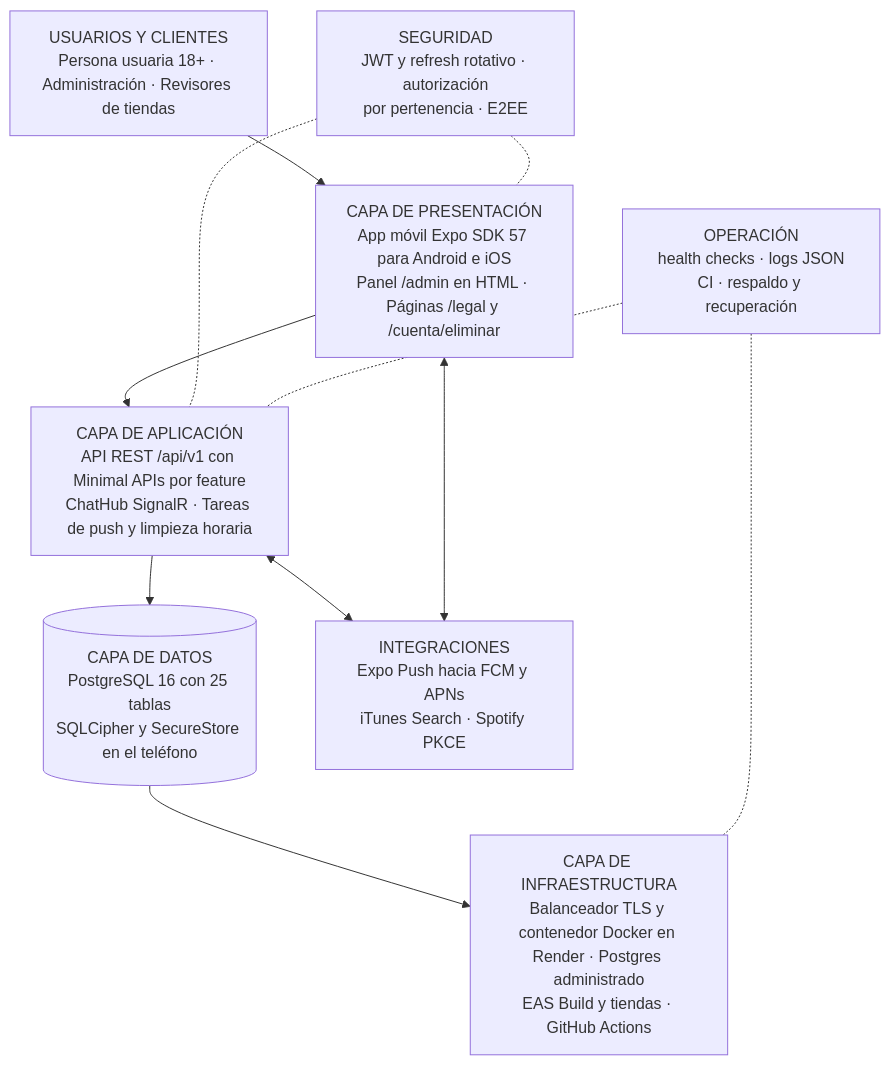
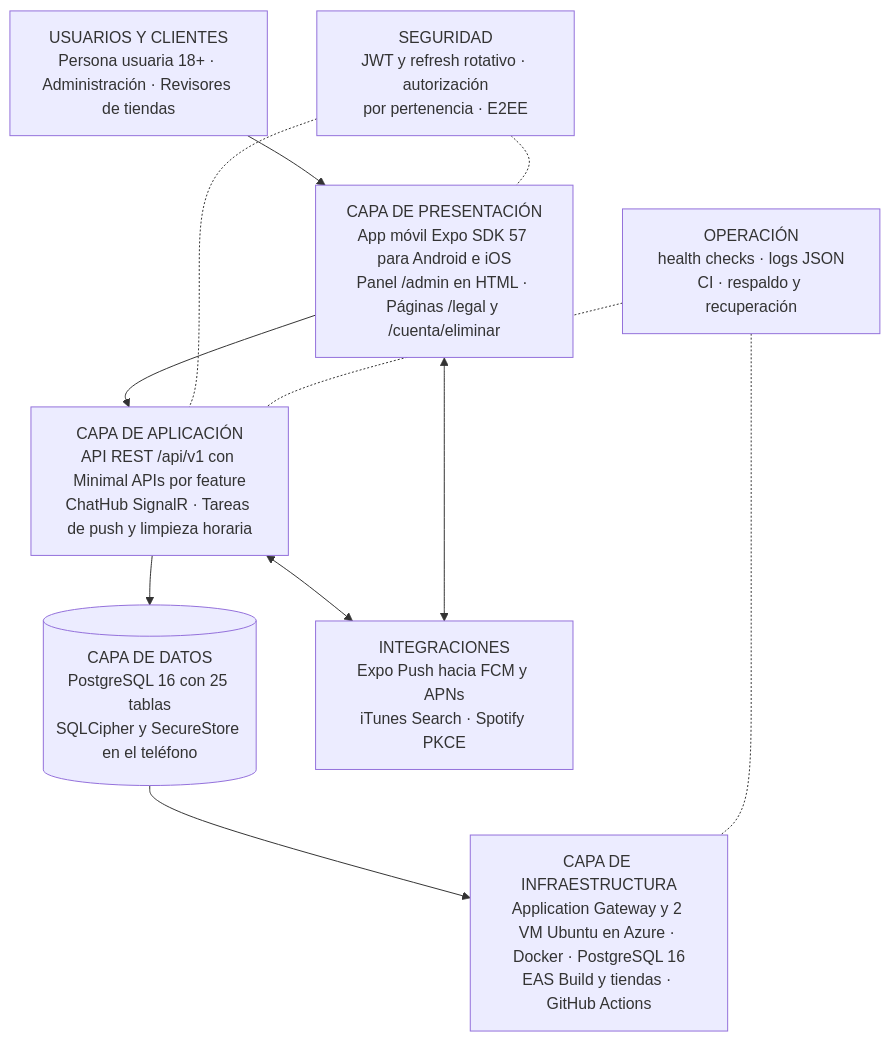
Before and after one commit to EncorelyHQ/encorly_back: the first of 11 diagrams in docs/reportes/manuales/MANUAL-TECNICO-ENCORELY.md, drawn with Mermaid. The commit also changed other lines of this file and 21 other files, not shown here.

````diff
--- a/docs/reportes/manuales/MANUAL-TECNICO-ENCORELY.md
+++ b/docs/reportes/manuales/MANUAL-TECNICO-ENCORELY.md
@@ -302,33 +371,33 @@
 ```mermaid
 flowchart TB
   U["`USUARIOS Y CLIENTES
   Persona usuaria 18+ · Administración · Revisores de tiendas`"]
   P["`CAPA DE PRESENTACIÓN
   App móvil Expo SDK 57 para Android e iOS
   Panel /admin en HTML · Páginas /legal y /cuenta/eliminar`"]
   A["`CAPA DE APLICACIÓN
   API REST /api/v1 con Minimal APIs por feature
   ChatHub SignalR · Tareas de push y limpieza horaria`"]
   D[("`CAPA DE DATOS
   PostgreSQL 16 con 25 tablas
   SQLCipher y SecureStore en el teléfono`")]
   I["`CAPA DE INFRAESTRUCTURA
-  Balanceador TLS y contenedor Docker en Render · Postgres administrado
+  Application Gateway y 2 VM Ubuntu en Azure · Docker · PostgreSQL 16
   EAS Build y tiendas · GitHub Actions`"]
   INT["`INTEGRACIONES
   Expo Push hacia FCM y APNs
   iTunes Search · Spotify PKCE`"]
   SEG["`SEGURIDAD
   JWT y refresh rotativo · autorización
   por pertenencia · E2EE`"]
   OPE["`OPERACIÓN
   health checks · logs JSON
   CI · respaldo y recuperación`"]
   U --> P --> A --> D --> I
   A <--> INT
   P <--> INT
   SEG -.- P
   SEG -.- A
   OPE -.- A
   OPE -.- I
 ```
````
